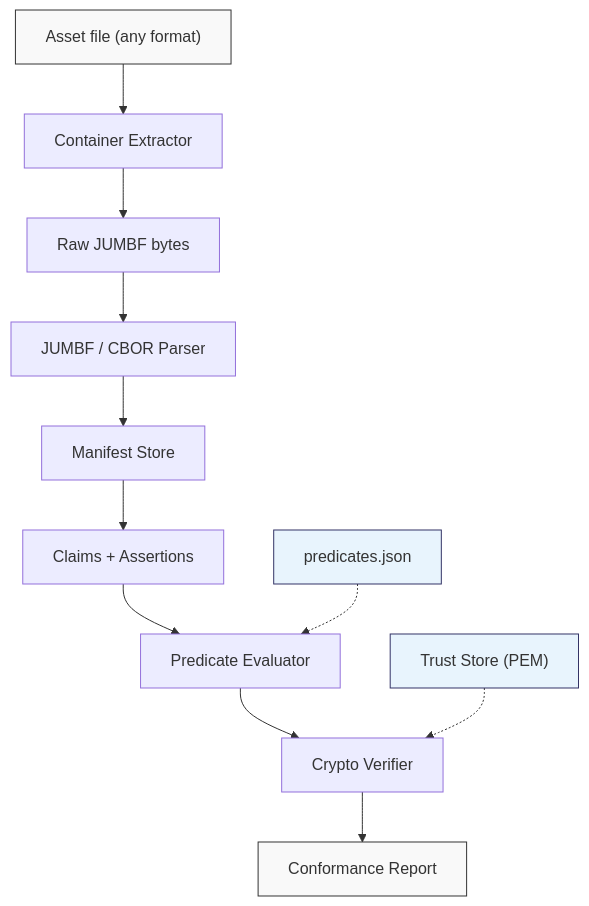
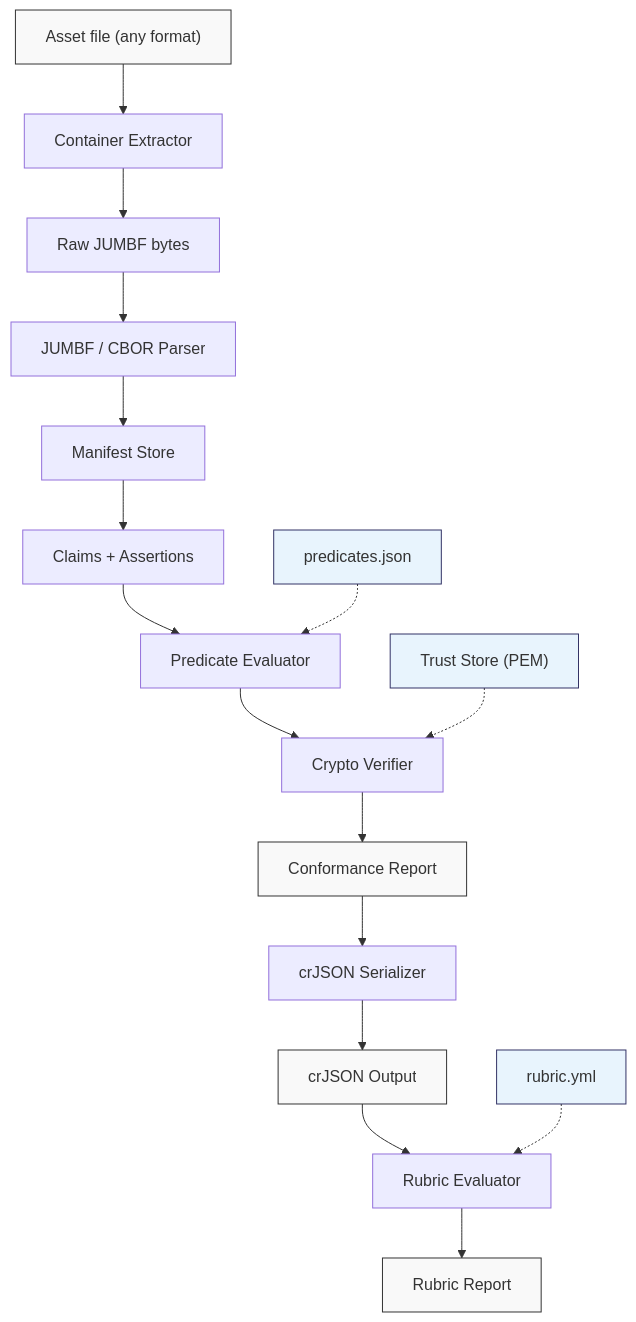
Before and after one commit to encypherai/c2pa-conformance-suite: the diagram in README.md, drawn with Mermaid. The commit also changed other lines of this file and 9 other files, not shown here.

First line of the commit message:
feat: C2PA Conformance Suite v1.1.0 - crJSON, rubric evaluator, 5 predicates

````diff
--- a/README.md
+++ b/README.md
@@ -30,19 +38,27 @@
 ```mermaid
 flowchart TD
     A["Asset file (any format)"] --> B["Container Extractor"]
     B --> C["Raw JUMBF bytes"]
     C --> D["JUMBF / CBOR Parser"]
     D --> E["Manifest Store"]
     E --> F["Claims + Assertions"]
     F --> G["Predicate Evaluator"]
     G --> H["Crypto Verifier"]
     H --> I["Conformance Report"]
+    I --> J["crJSON Serializer"]
+    J --> K["crJSON Output"]
+    K --> L["Rubric Evaluator"]
+    L --> M["Rubric Report"]
 
     P["predicates.json"] -.-> G
     T["Trust Store (PEM)"] -.-> H
+    R["rubric.yml"] -.-> L
 
     style A fill:#f9f9f9,stroke:#333
     style I fill:#f9f9f9,stroke:#333
+    style K fill:#f9f9f9,stroke:#333
+    style M fill:#f9f9f9,stroke:#333
     style P fill:#e8f4fd,stroke:#336
     style T fill:#e8f4fd,stroke:#336
+    style R fill:#e8f4fd,stroke:#336
 ```
````
